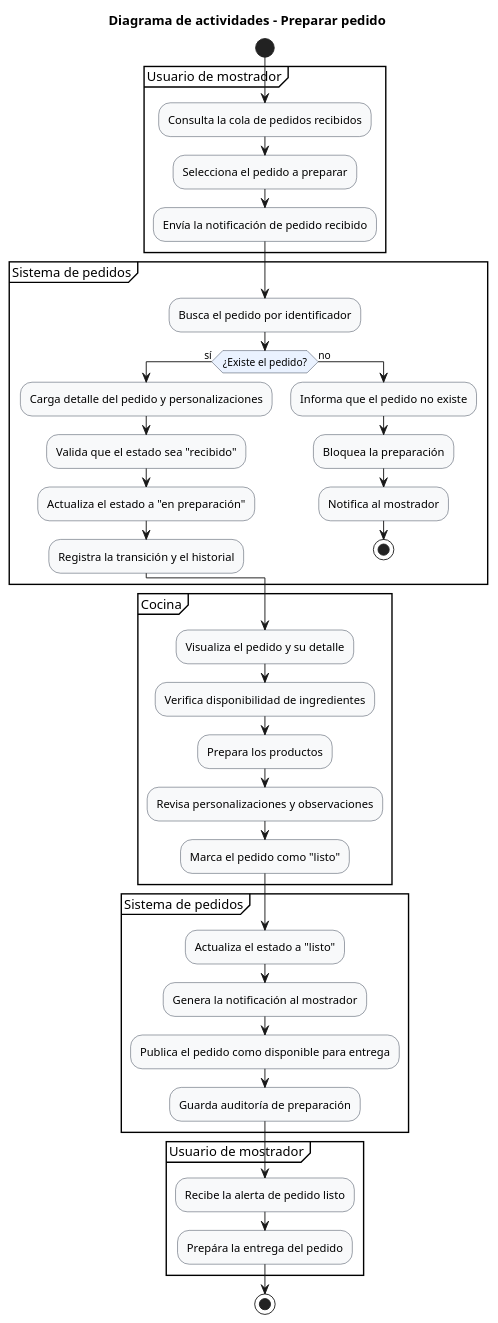
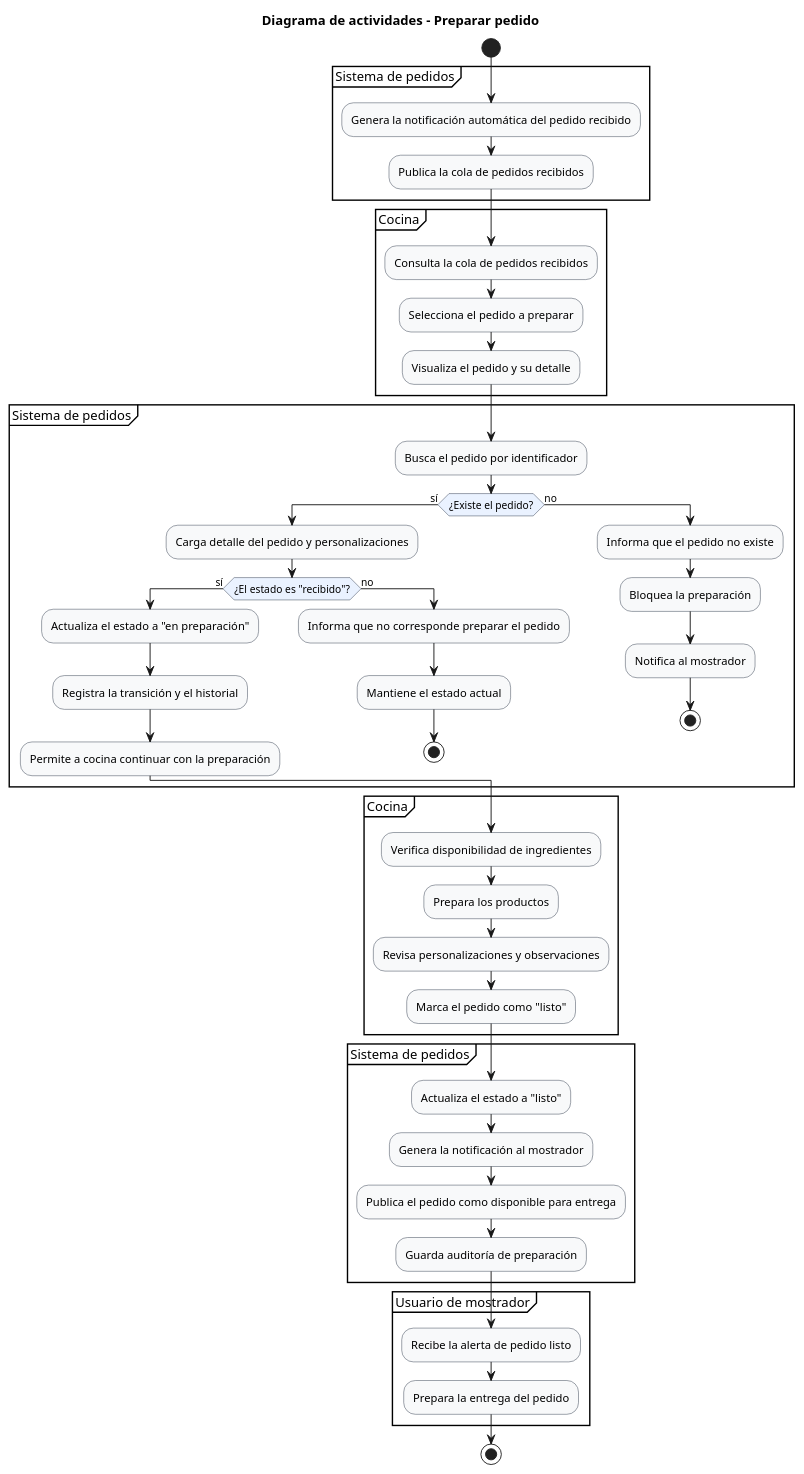
One commit to lucasmengarelli3/SistemaPedidos changed the diagram in diagramas/04-diagramas-actividades/04-actividad-preparar-pedido-03.puml. Above: the diagram before and after it, drawn with PlantUML. The commit also changed 8 other files, not shown here.

```diff
--- a/diagramas/04-diagramas-actividades/04-actividad-preparar-pedido-03.puml
+++ b/diagramas/04-diagramas-actividades/04-actividad-preparar-pedido-03.puml
@@ -1,58 +1,68 @@
 @startuml
 !pragma useVerticalIf on
 skinparam shadowing false
 skinparam linetype ortho
 skinparam activity {
   BackgroundColor #F8F9FA
   BorderColor #2F3A4A
   DiamondBackgroundColor #EAF2FF
   DiamondBorderColor #2F3A4A
 }
 
 title Diagrama de actividades - Preparar pedido
 
 start
 
-partition "Usuario de mostrador" {
+partition "Sistema de pedidos" {
+  :Genera la notificación automática del pedido recibido;
+  :Publica la cola de pedidos recibidos;
+}
+
+partition "Cocina" {
   :Consulta la cola de pedidos recibidos;
   :Selecciona el pedido a preparar;
-  :Envía la notificación de pedido recibido;
+  :Visualiza el pedido y su detalle;
 }
 
 partition "Sistema de pedidos" {
   :Busca el pedido por identificador;
   if (¿Existe el pedido?) then (sí)
     :Carga detalle del pedido y personalizaciones;
-    :Valida que el estado sea "recibido";
-    :Actualiza el estado a "en preparación";
-    :Registra la transición y el historial;
+    if (¿El estado es "recibido"?) then (sí)
+      :Actualiza el estado a "en preparación";
+      :Registra la transición y el historial;
+      :Permite a cocina continuar con la preparación;
+    else (no)
+      :Informa que no corresponde preparar el pedido;
+      :Mantiene el estado actual;
+      stop
+    endif
   else (no)
     :Informa que el pedido no existe;
     :Bloquea la preparación;
     :Notifica al mostrador;
     stop
   endif
 }
 
 partition "Cocina" {
-  :Visualiza el pedido y su detalle;
   :Verifica disponibilidad de ingredientes;
   :Prepara los productos;
   :Revisa personalizaciones y observaciones;
   :Marca el pedido como "listo";
 }
 
 partition "Sistema de pedidos" {
   :Actualiza el estado a "listo";
   :Genera la notificación al mostrador;
   :Publica el pedido como disponible para entrega;
   :Guarda auditoría de preparación;
 }
 
 partition "Usuario de mostrador" {
   :Recibe la alerta de pedido listo;
-  :Prepára la entrega del pedido;
+  :Prepara la entrega del pedido;
 }
 
 stop
 @enduml
```
